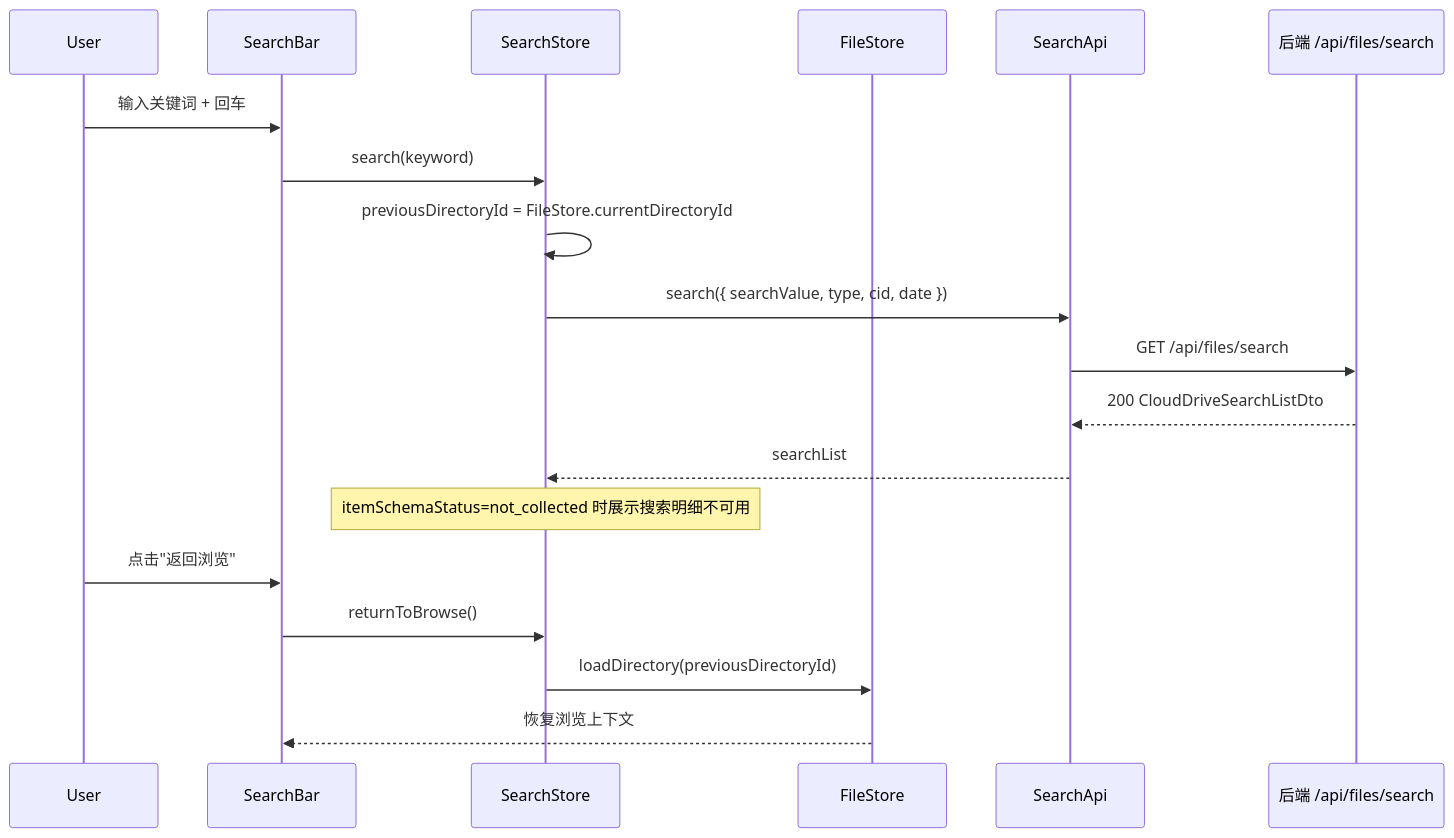
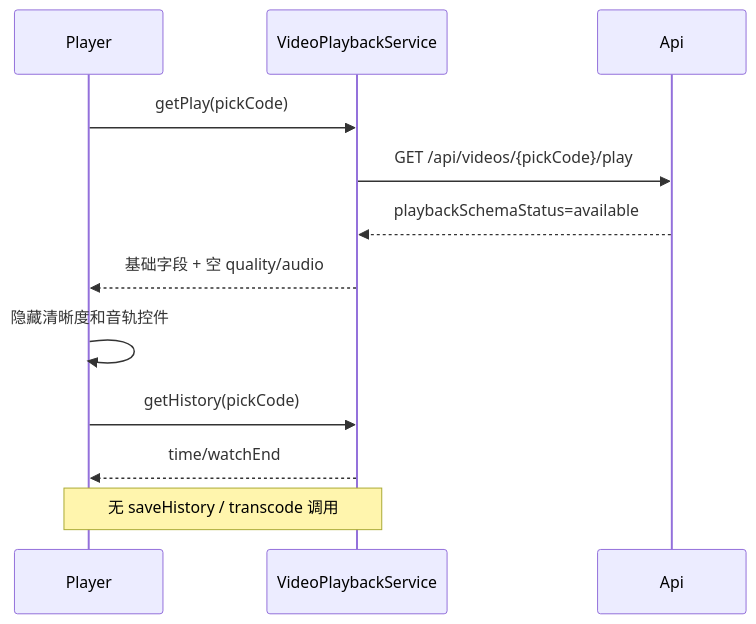
The third of 3 diagrams in .kiro/specs/115-cloud-drive-frontend/design.md (sun-1221/CloudDrive_115), drawn with Mermaid before and after one commit. The commit also changed other lines of this file and 84 other files, not shown here.

````diff
--- a/.kiro/specs/115-cloud-drive-frontend/design.md
+++ b/.kiro/specs/115-cloud-drive-frontend/design.md
@@ -710,24 +293,14 @@
 ```mermaid
 sequenceDiagram
-    participant User
-    participant SearchBar
-    participant SearchStore
-    participant FileStore
-    participant SearchApi
-    participant Backend as 后端 /api/files/search
-
-    User->>SearchBar: 输入关键词 + 回车
-    SearchBar->>SearchStore: search(keyword)
-    SearchStore->>SearchStore: previousDirectoryId = FileStore.currentDirectoryId
-    SearchStore->>SearchApi: search({ searchValue, type, cid, date })
-    SearchApi->>Backend: GET /api/files/search
-    Backend-->>SearchApi: 200 CloudDriveSearchListDto
-    SearchApi-->>SearchStore: searchList
-
-    Note over SearchStore: itemSchemaStatus=not_collected 时展示搜索明细不可用
-
-    User->>SearchBar: 点击"返回浏览"
-    SearchBar->>SearchStore: returnToBrowse()
-    SearchStore->>FileStore: loadDirectory(previousDirectoryId)
-    FileStore-->>SearchBar: 恢复浏览上下文
+    participant Player
+    participant Service as VideoPlaybackService
+    participant Api
+    Player->>Service: getPlay(pickCode)
+    Service->>Api: GET /api/videos/{pickCode}/play
+    Api-->>Service: playbackSchemaStatus=available
+    Service-->>Player: 基础字段 + 空 quality/audio
+    Player->>Player: 隐藏清晰度和音轨控件
+    Player->>Service: getHistory(pickCode)
+    Service-->>Player: time/watchEnd
+    Note over Player,Service: 无 saveHistory / transcode 调用
 ```
````
